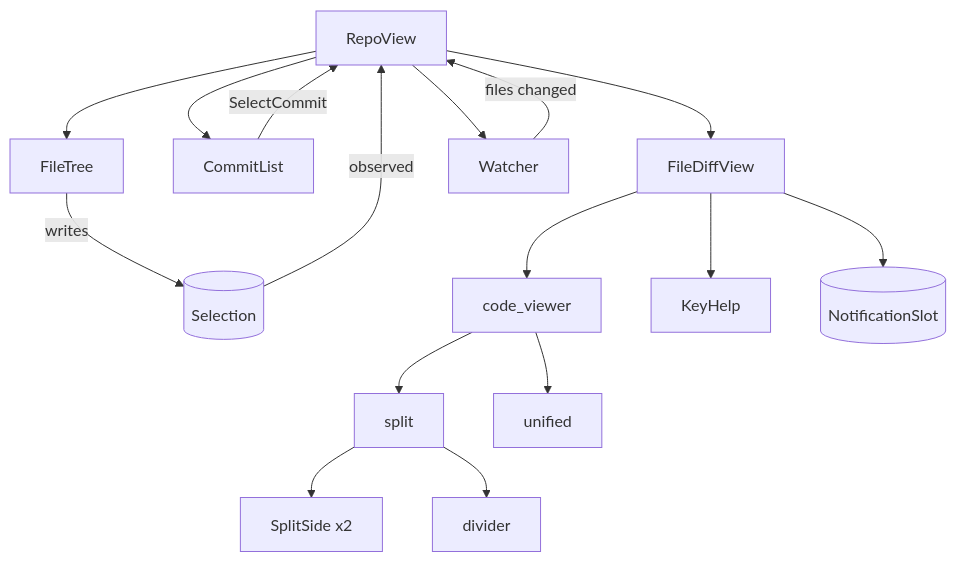
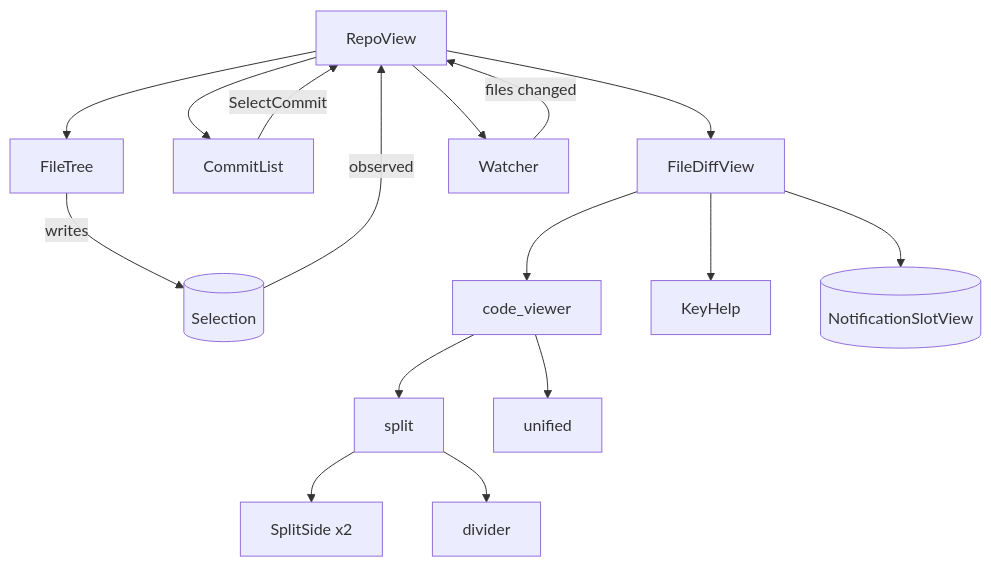
One commit to akemkers/jetdiff changed the diagram in crates/jetdiff-ui/README.md. Above: the diagram before and after it, drawn with Mermaid. The commit also changed other lines of this file and 25 other files, not shown here.

````diff
--- a/crates/jetdiff-ui/README.md
+++ b/crates/jetdiff-ui/README.md
@@ -38,18 +38,18 @@
 ```mermaid
 graph TD
     rv[RepoView] --> tree[FileTree]
     rv --> commits[CommitList]
     rv --> fdv[FileDiffView]
     rv --> watcher[Watcher]
     tree -- writes --> sel[(Selection)]
     sel -- observed --> rv
     commits -- SelectCommit --> rv
     watcher -- files changed --> rv
     fdv --> viewer[code_viewer]
     viewer --> split[split]
     viewer --> unified[unified]
     split --> side[SplitSide x2]
     split --> div[divider]
     fdv --> help[KeyHelp]
-    fdv --> slot[(NotificationSlot)]
+    fdv --> slot[(NotificationSlotView)]
 ```
````
